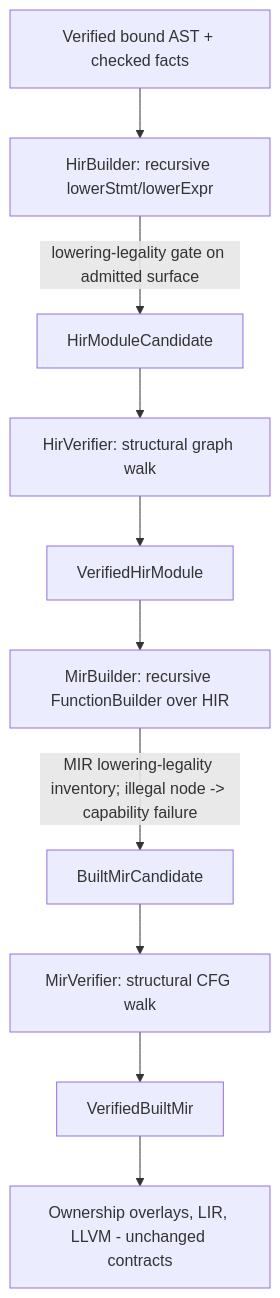
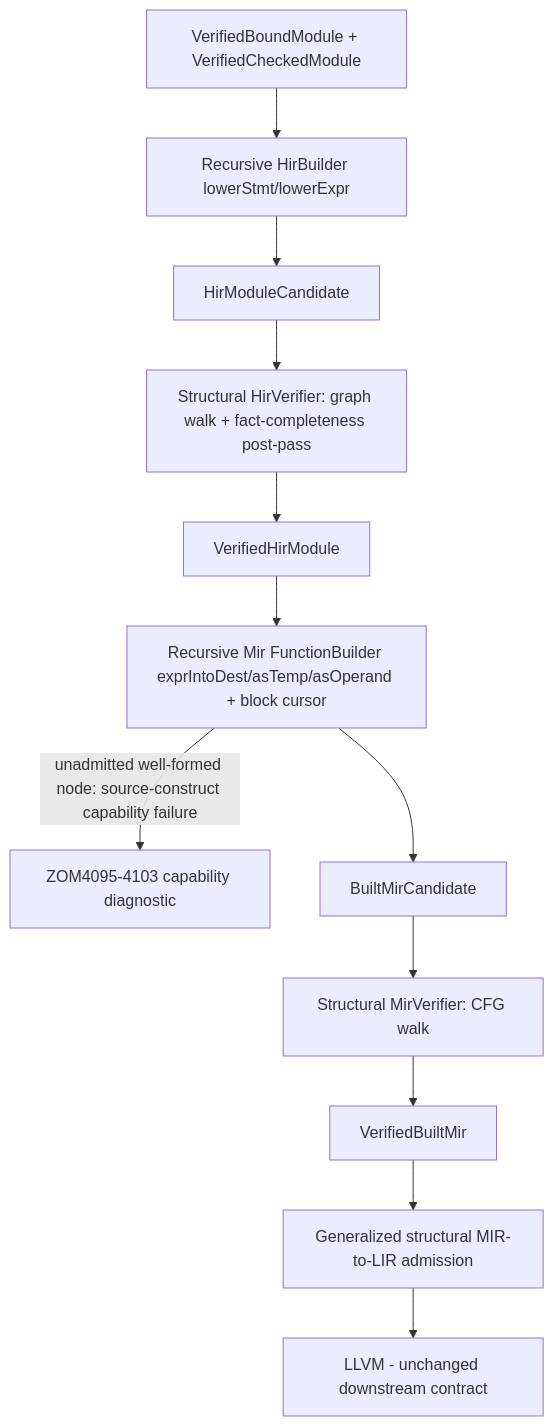
The diagram in docs/rfc/0048-recursive-ir-construction-and-structural-verification.md (Zzzode/ZOM), drawn with Mermaid before and after one commit. The commit also changed other lines of this file and 1 other file, not shown here.

````diff
--- a/docs/rfc/0048-recursive-ir-construction-and-structural-verification.md
+++ b/docs/rfc/0048-recursive-ir-construction-and-structural-verification.md
@@ -213,12 +228,14 @@
 ```mermaid
 flowchart TD
-  AST[Verified bound AST + checked facts] --> HB[HirBuilder: recursive lowerStmt/lowerExpr]
-  HB -->|lowering-legality gate on admitted surface| HIRC[HirModuleCandidate]
-  HIRC --> HV[HirVerifier: structural graph walk]
+  VBM[VerifiedBoundModule + VerifiedCheckedModule] --> HB[Recursive HirBuilder lowerStmt/lowerExpr]
+  HB --> HIRC[HirModuleCandidate]
+  HIRC --> HV[Structural HirVerifier: graph walk + fact-completeness post-pass]
   HV --> HIR[VerifiedHirModule]
-  HIR --> MB[MirBuilder: recursive FunctionBuilder over HIR]
-  MB -->|MIR lowering-legality inventory; illegal node -> capability failure| MIRC[BuiltMirCandidate]
-  MIRC --> MV[MirVerifier: structural CFG walk]
+  HIR --> MB[Recursive Mir FunctionBuilder exprIntoDest/asTemp/asOperand + block cursor]
+  MB -->|unadmitted well-formed node: source-construct capability failure| CAP[ZOM4095-4103 capability diagnostic]
+  MB --> MIRC[BuiltMirCandidate]
+  MIRC --> MV[Structural MirVerifier: CFG walk]
   MV --> MIR[VerifiedBuiltMir]
-  MIR --> OW[Ownership overlays, LIR, LLVM - unchanged contracts]
+  MIR --> LIR[Generalized structural MIR-to-LIR admission]
+  LIR --> LLVM[LLVM - unchanged downstream contract]
 ```
````
